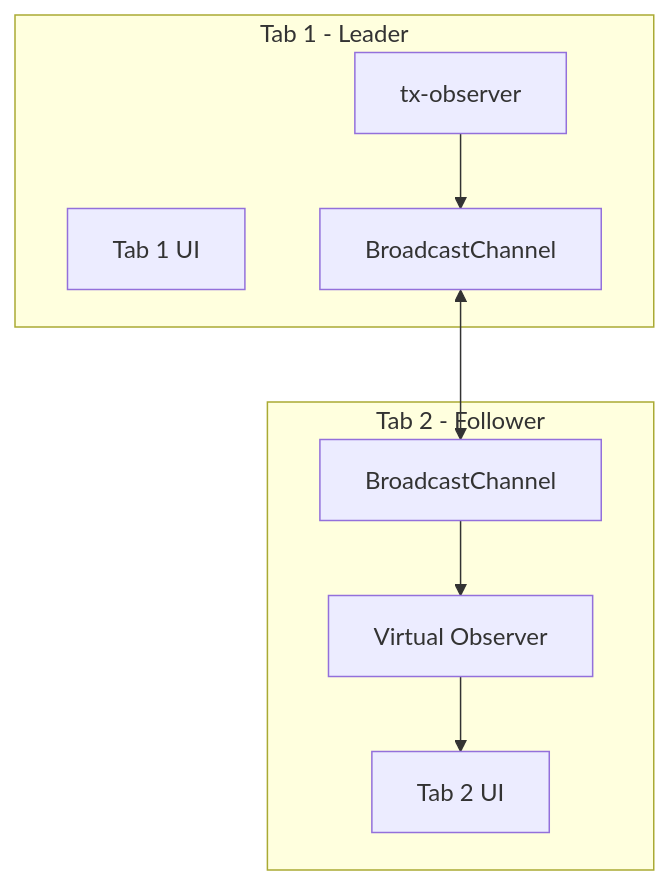
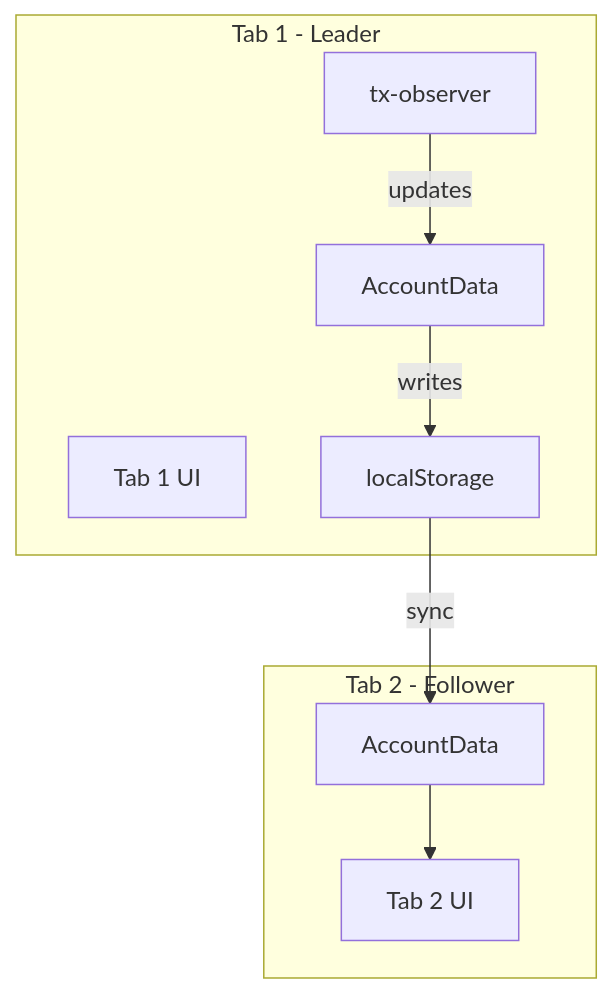
One commit to wighawag/template-onchain-app changed the diagram in .markplane/roadmap/items/EPIC-xn9hm.md. Above: the diagram before and after it, drawn with Mermaid. The commit also changed other lines of this file and 7 other files, not shown here.

````diff
--- a/.markplane/roadmap/items/EPIC-xn9hm.md
+++ b/.markplane/roadmap/items/EPIC-xn9hm.md
@@ -29,19 +31,19 @@
 ```mermaid
 graph TD
     subgraph "Tab 1 - Leader"
         T1[Tab 1 UI]
         TO[tx-observer]
-        BC1[BroadcastChannel]
+        AD1[AccountData]
+        LS[localStorage]
     end
     
     subgraph "Tab 2 - Follower"
         T2[Tab 2 UI]
-        BC2[BroadcastChannel]
-        VTO2[Virtual Observer]
+        AD2[AccountData]
     end
     
-    TO --> BC1
-    BC1 <--> BC2
-    BC2 --> VTO2
-    VTO2 --> T2
+    TO -->|updates| AD1
+    AD1 -->|writes| LS
+    LS -->|sync| AD2
+    AD2 --> T2
 ```
````
